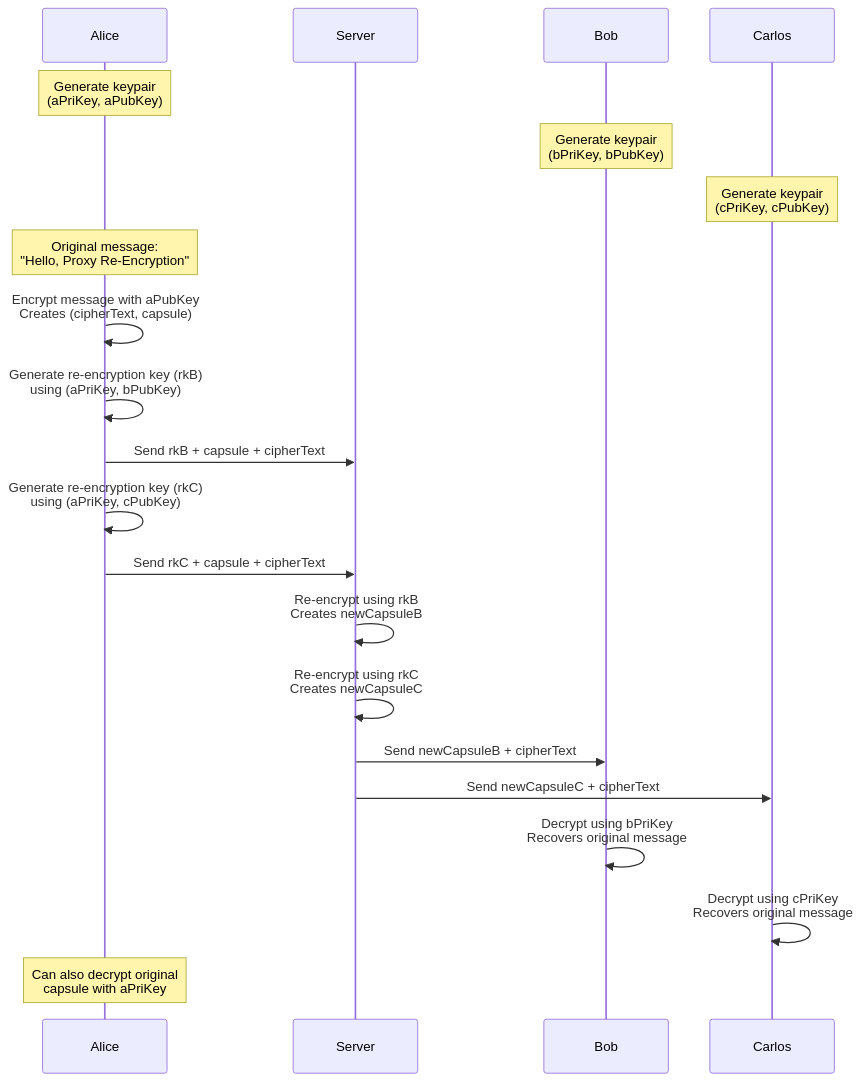
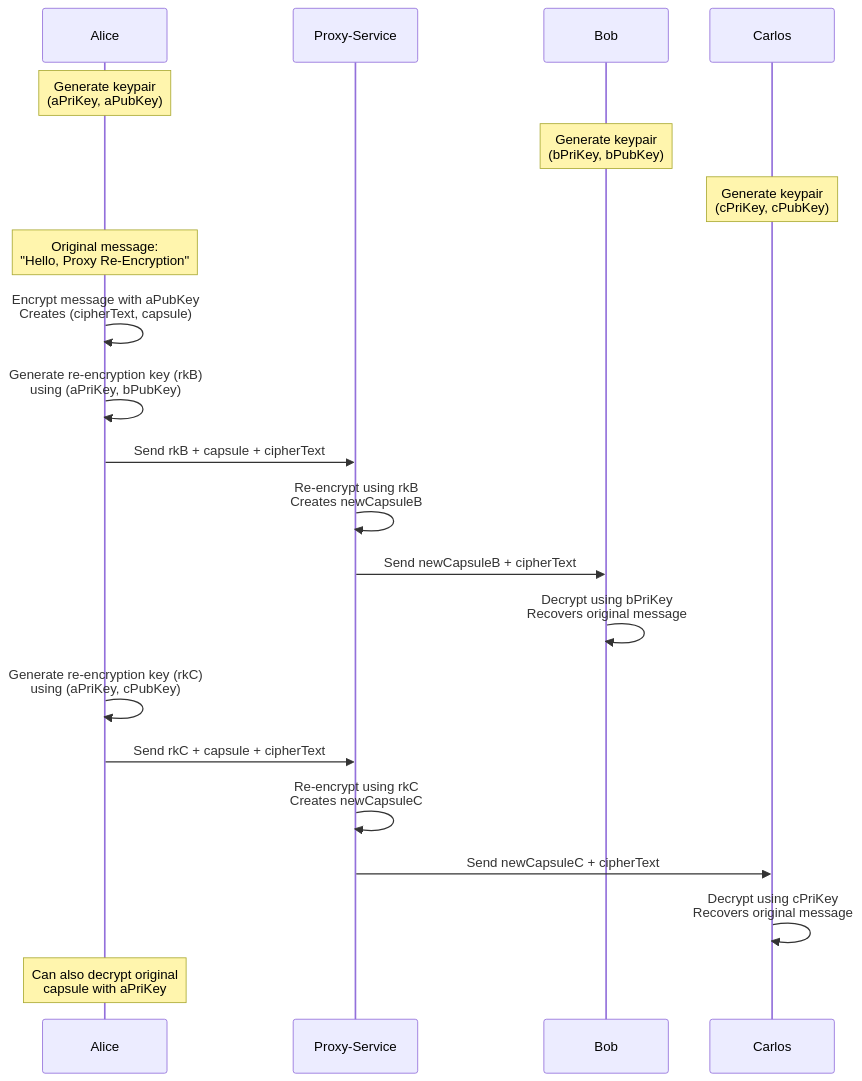
Before and after one commit to kien-genetica/secure-genom: the diagram in docs/flow/PRE-flow.md, drawn with Mermaid.

Commit message:
chore: seperate flowfor users

````diff
--- a/docs/flow/PRE-flow.md
+++ b/docs/flow/PRE-flow.md
@@ -1,35 +1,34 @@
 ```mermaid
 sequenceDiagram
     participant A as Alice
-    participant S as Server
+    participant S as Proxy-Service
     participant B as Bob
     participant C as Carlos
 
     Note over A: Generate keypair<br/>(aPriKey, aPubKey)
     Note over B: Generate keypair<br/>(bPriKey, bPubKey)
     Note over C: Generate keypair<br/>(cPriKey, cPubKey)
 
     %% Initial Encryption
     Note over A: Original message:<br/>"Hello, Proxy Re-Encryption"
     A->>A: Encrypt message with aPubKey<br/>Creates (cipherText, capsule)
 
-    %% Re-encryption key generation for Bob
+    %% Re-encryption key generation for both recipients
     A->>A: Generate re-encryption key (rkB)<br/>using (aPriKey, bPubKey)
+  
+
+    %% Send to server
     A->>S: Send rkB + capsule + cipherText
+    S->>S: Re-encrypt using rkB<br/>Creates newCapsuleB
+    S->>B: Send newCapsuleB + cipherText
+    B->>B: Decrypt using bPriKey<br/>Recovers original message
+    
 
-    %% Re-encryption key generation for Carlos
     A->>A: Generate re-encryption key (rkC)<br/>using (aPriKey, cPubKey)
     A->>S: Send rkC + capsule + cipherText
-
-    %% Server Re-encryption for both recipients
-    S->>S: Re-encrypt using rkB<br/>Creates newCapsuleB
     S->>S: Re-encrypt using rkC<br/>Creates newCapsuleC
-    S->>B: Send newCapsuleB + cipherText
     S->>C: Send newCapsuleC + cipherText
-
-    %% Decryption by both recipients
-    B->>B: Decrypt using bPriKey<br/>Recovers original message
     C->>C: Decrypt using cPriKey<br/>Recovers original message
 
     Note over A: Can also decrypt original<br/>capsule with aPriKey
 ```
````
